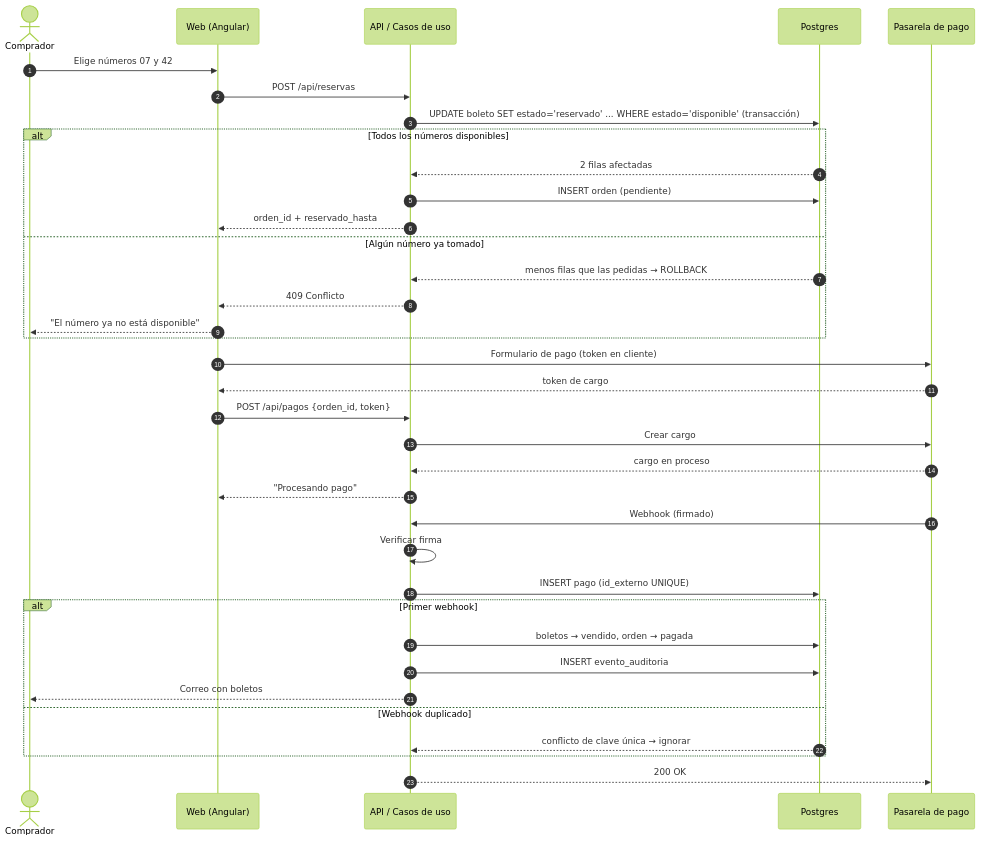
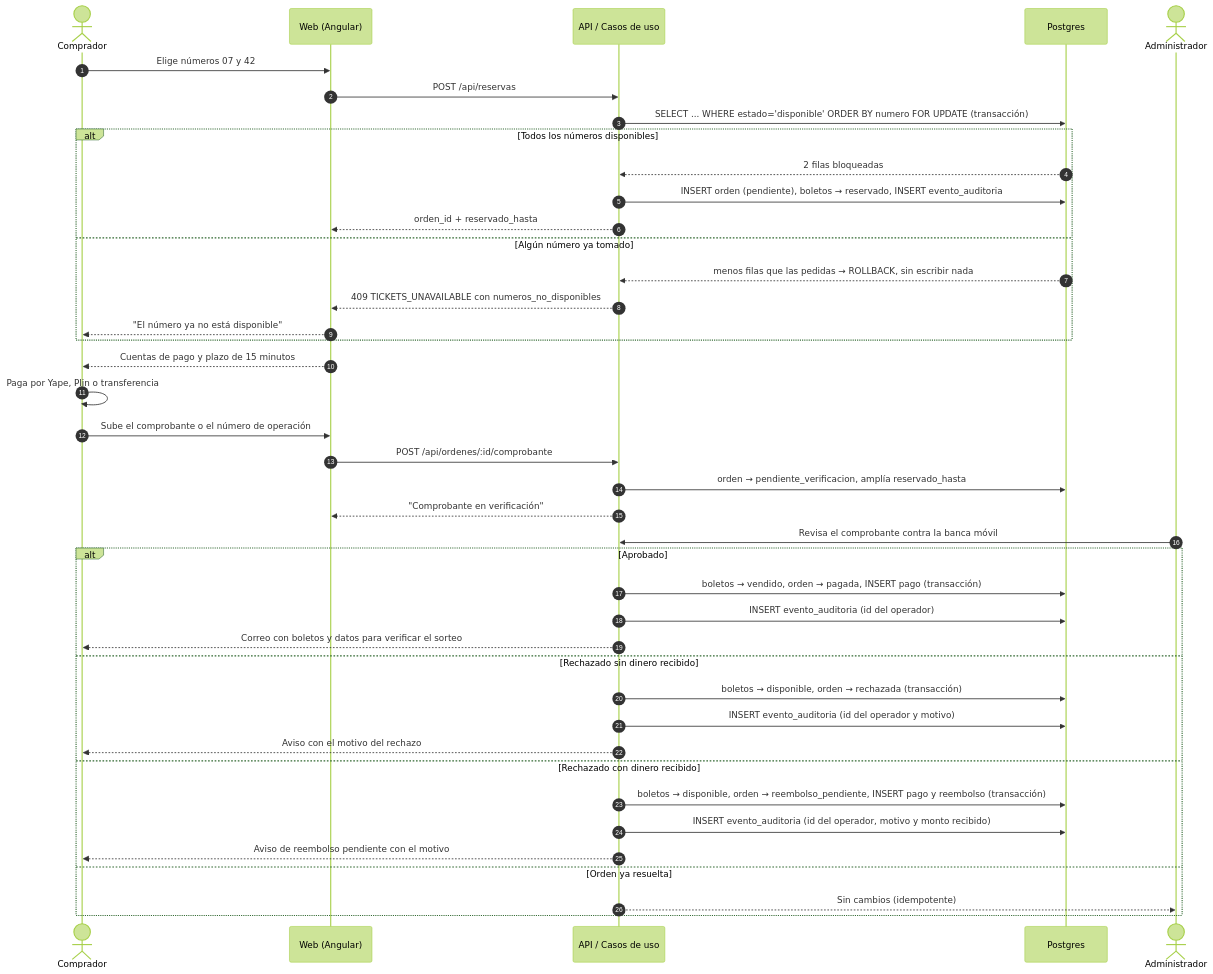
The seventh of 12 diagrams in DOCS/RIFAS/ESPECIFICACIONES-RIFAS.md (kanoso/ecommcerce-saas-sonet), drawn with Mermaid (forest theme) before and after one commit. The commit also changed other lines of this file and 444 other files, not shown here.

````diff
--- a/DOCS/RIFAS/ESPECIFICACIONES-RIFAS.md
+++ b/DOCS/RIFAS/ESPECIFICACIONES-RIFAS.md
@@ -363,41 +434,46 @@
 ```mermaid
 sequenceDiagram
     autonumber
     actor C as Comprador
     participant W as Web (Angular)
     participant API as API / Casos de uso
     participant DB as Postgres
-    participant PG as Pasarela de pago
+    actor A as Administrador
 
     C->>W: Elige números 07 y 42
     W->>API: POST /api/reservas
-    API->>DB: UPDATE boleto SET estado='reservado' ... WHERE estado='disponible' (transacción)
+    API->>DB: SELECT ... WHERE estado='disponible' ORDER BY numero FOR UPDATE (transacción)
     alt Todos los números disponibles
-        DB-->>API: 2 filas afectadas
-        API->>DB: INSERT orden (pendiente)
+        DB-->>API: 2 filas bloqueadas
+        API->>DB: INSERT orden (pendiente), boletos → reservado, INSERT evento_auditoria
         API-->>W: orden_id + reservado_hasta
     else Algún número ya tomado
-        DB-->>API: menos filas que las pedidas → ROLLBACK
-        API-->>W: 409 Conflicto
+        DB-->>API: menos filas que las pedidas → ROLLBACK, sin escribir nada
+        API-->>W: 409 TICKETS_UNAVAILABLE con numeros_no_disponibles
         W-->>C: "El número ya no está disponible"
     end
 
-    W->>PG: Formulario de pago (token en cliente)
-    PG-->>W: token de cargo
-    W->>API: POST /api/pagos {orden_id, token}
-    API->>PG: Crear cargo
-    PG-->>API: cargo en proceso
-    API-->>W: "Procesando pago"
+    W-->>C: Cuentas de pago y plazo de 15 minutos
+    C->>C: Paga por Yape, Plin o transferencia
+    C->>W: Sube el comprobante o el número de operación
+    W->>API: POST /api/ordenes/:id/comprobante
+    API->>DB: orden → pendiente_verificacion, amplía reservado_hasta
+    API-->>W: "Comprobante en verificación"
 
-    PG->>API: Webhook (firmado)
-    API->>API: Verificar firma
-    API->>DB: INSERT pago (id_externo UNIQUE)
-    alt Primer webhook
-        API->>DB: boletos → vendido, orden → pagada
-        API->>DB: INSERT evento_auditoria
-        API-->>C: Correo con boletos
-    else Webhook duplicado
-        DB-->>API: conflicto de clave única → ignorar
+    A->>API: Revisa el comprobante contra la banca móvil
+    alt Aprobado
+        API->>DB: boletos → vendido, orden → pagada, INSERT pago (transacción)
+        API->>DB: INSERT evento_auditoria (id del operador)
+        API-->>C: Correo con boletos y datos para verificar el sorteo
+    else Rechazado sin dinero recibido
+        API->>DB: boletos → disponible, orden → rechazada (transacción)
+        API->>DB: INSERT evento_auditoria (id del operador y motivo)
+        API-->>C: Aviso con el motivo del rechazo
+    else Rechazado con dinero recibido
+        API->>DB: boletos → disponible, orden → reembolso_pendiente, INSERT pago y reembolso (transacción)
+        API->>DB: INSERT evento_auditoria (id del operador, motivo y monto recibido)
+        API-->>C: Aviso de reembolso pendiente con el motivo
+    else Orden ya resuelta
+        API-->>A: Sin cambios (idempotente)
     end
-    API-->>PG: 200 OK
 ```
````
